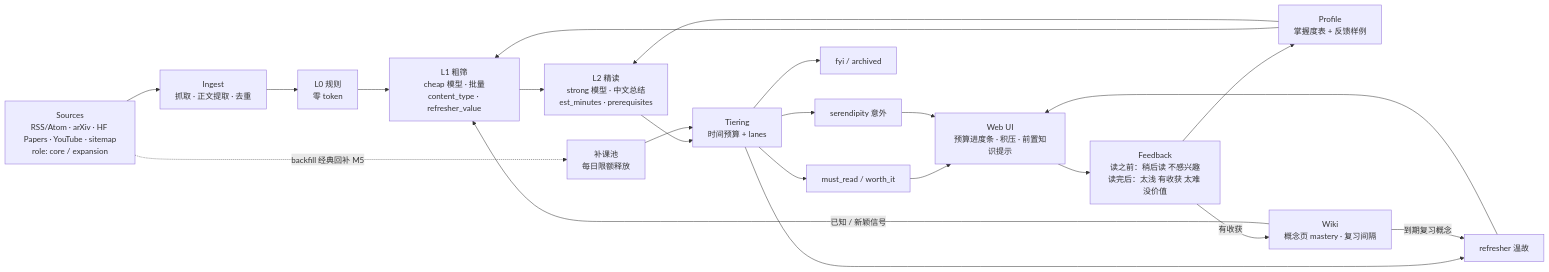
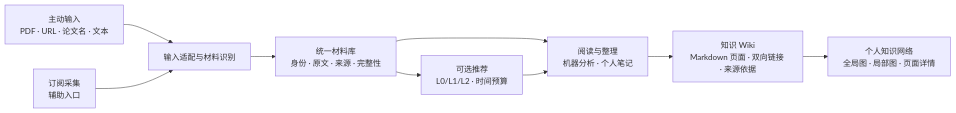
The diagram in docs/design.md (chai-yinfeng/2ndBrain), drawn with Mermaid before and after one commit. The commit also changed other lines of this file and 4 other files, not shown here.

````diff
--- a/docs/design.md
+++ b/docs/design.md
@@ -11,24 +11,11 @@
 ```mermaid
 flowchart LR
-    S[Sources<br/>RSS/Atom · arXiv · HF Papers · YouTube · sitemap<br/>role: core / expansion] --> I[Ingest<br/>抓取 · 正文提取 · 去重]
-    S -. backfill 经典回补 M5 .-> BF[补课池<br/>每日限额释放]
-    I --> L0[L0 规则<br/>零 token]
-    L0 --> L1[L1 粗筛<br/>cheap 模型 · 批量<br/>content_type · refresher_value]
-    L1 --> L2[L2 精读<br/>strong 模型 · 中文总结<br/>est_minutes · prerequisites]
-    L2 --> T[Tiering<br/>时间预算 + lanes]
-    BF --> T
-    T --> MR[must_read / worth_it]
-    T --> RF[refresher 温故]
-    T --> SE[serendipity 意外]
-    T --> FY[fyi / archived]
-    MR --> W[Web UI<br/>预算进度条 · 积压 · 前置知识提示]
-    RF --> W
-    SE --> W
-    W --> F[Feedback<br/>读之前：稍后读 不感兴趣<br/>读完后：太浅 有收获 太难 没价值]
-    F --> P[Profile<br/>掌握度表 + 反馈样例]
-    P --> L1
-    P --> L2
-    F -- 有收获 --> K[Wiki<br/>概念页 mastery · 复习间隔]
-    K -- 已知 / 新颖信号 --> L1
-    K -- 到期复习概念 --> RF
+    U[主动输入<br/>PDF · URL · 论文名 · 文本] --> A[输入适配与材料识别]
+    S[订阅采集<br/>辅助入口] --> A
+    A --> M[统一材料库<br/>身份 · 原文 · 来源 · 完整性]
+    M --> R[阅读与整理<br/>机器分析 · 个人笔记]
+    R --> K[知识 Wiki<br/>Markdown 页面 · 双向链接 · 来源依据]
+    K --> V[个人知识网络<br/>全局图 · 局部图 · 页面详情]
+    M --> D[可选推荐<br/>L0/L1/L2 · 时间预算]
+    D --> R
 ```
````
